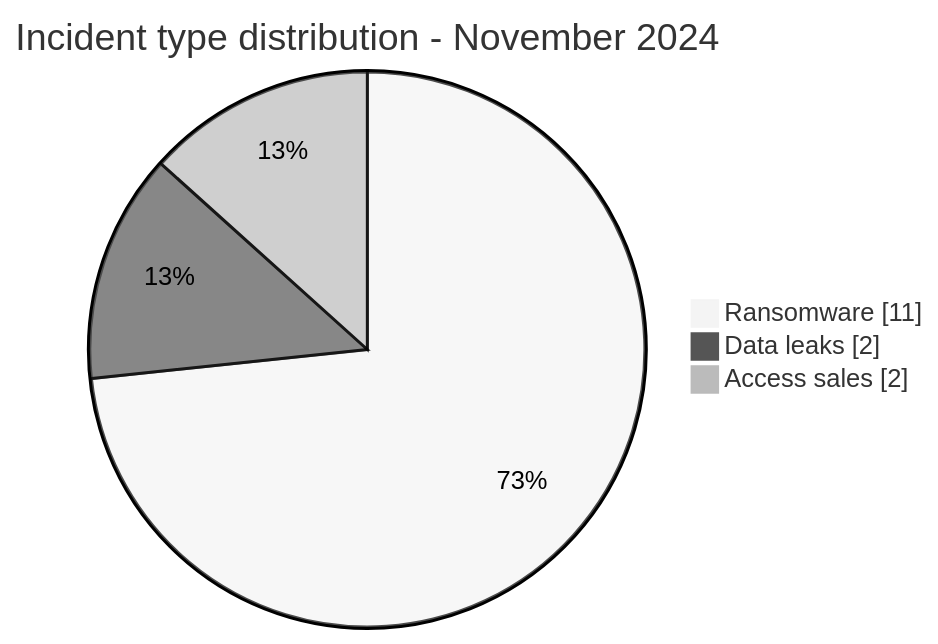
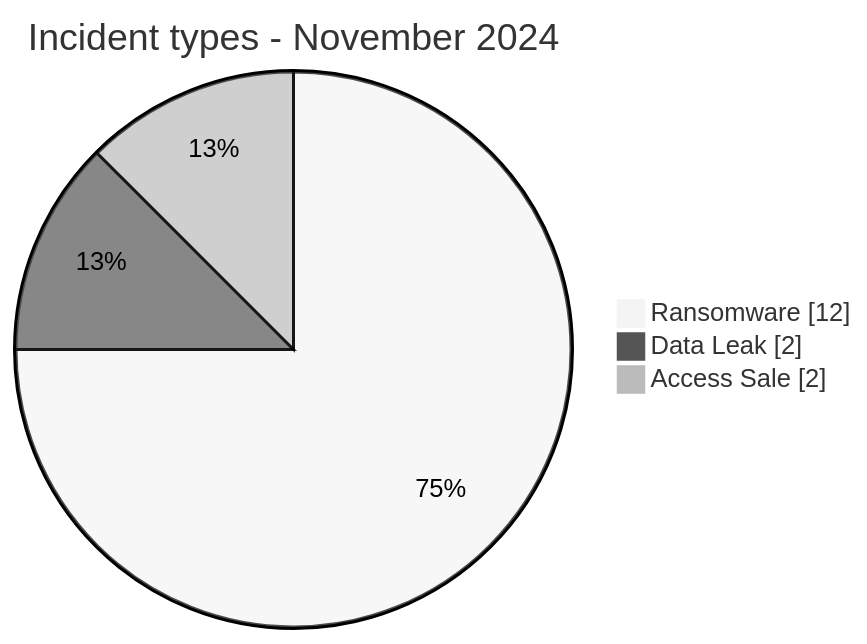
The first of 3 diagrams in CyberAttackAfrica/2024/11-november/README.md (Hatchepsoute/AFRINTEL), drawn with Mermaid (neutral theme) before and after one commit. The commit also changed other lines of this file and 60 other files, not shown here.

````diff
--- a/CyberAttackAfrica/2024/11-november/README.md
+++ b/CyberAttackAfrica/2024/11-november/README.md
@@ -58,7 +55,7 @@
 ```mermaid
 pie showData
-    title Incident type distribution - November 2024
-    "Ransomware" : 11
-    "Data leaks" : 2
-    "Access sales" : 2
+    title Incident types - November 2024
+    "Ransomware" : 12
+    "Data Leak" : 2
+    "Access Sale" : 2
 ```
````
